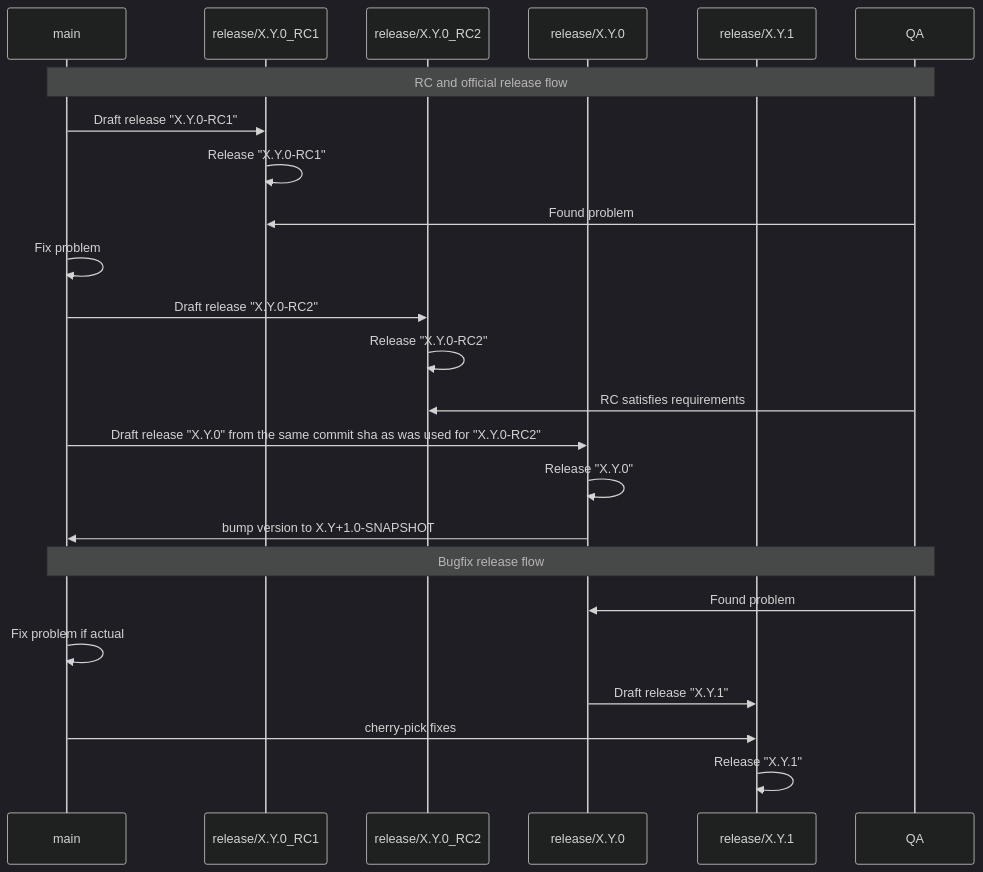
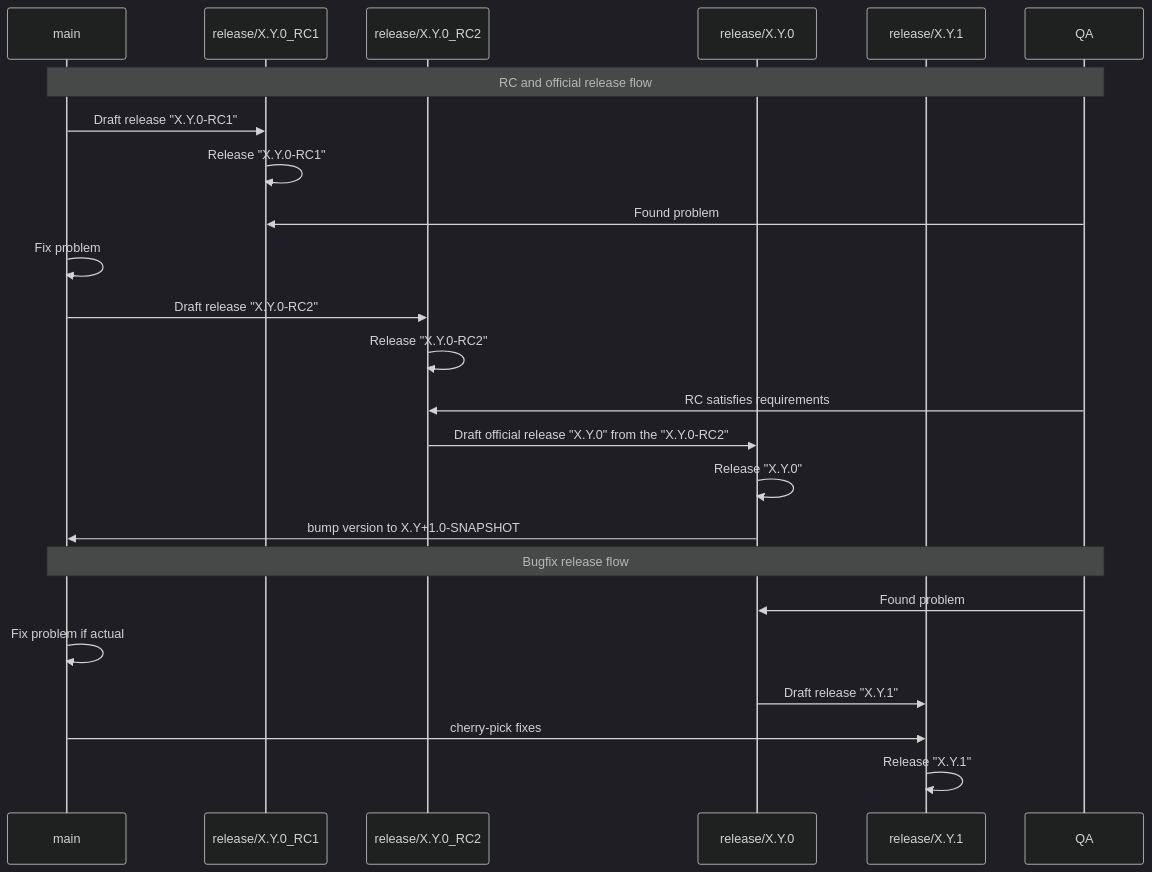
Before and after one commit to eclipse-tractusx/tractusx-edc: the diagram in docs/development/decision-records/2025-05-26-release-process/README.md, drawn with Mermaid (dark theme). The commit also changed other lines of this file, not shown here.

````diff
--- a/docs/development/decision-records/2025-05-26-release-process/README.md
+++ b/docs/development/decision-records/2025-05-26-release-process/README.md
@@ -26,30 +25,30 @@
 ```mermaid
 sequenceDiagram
 participant main
 participant release/X.Y.0_RC1
 participant release/X.Y.0_RC2
 participant release/X.Y.0
 participant release/X.Y.1
 participant QA
 
 Note over main, QA: RC and official release flow
 main ->> release/X.Y.0_RC1 : Draft release "X.Y.0-RC1"
 release/X.Y.0_RC1 ->> release/X.Y.0_RC1 : Release "X.Y.0-RC1"
 QA ->> release/X.Y.0_RC1 : Found problem
 main ->> main : Fix problem
 
 main ->> release/X.Y.0_RC2 : Draft release "X.Y.0-RC2"
 release/X.Y.0_RC2 ->> release/X.Y.0_RC2 : Release "X.Y.0-RC2"
 QA ->> release/X.Y.0_RC2 : RC satisfies requirements
 
-main ->> release/X.Y.0 : Draft release "X.Y.0" from the same commit sha as was used for "X.Y.0-RC2"
+release/X.Y.0_RC2 ->> release/X.Y.0 : Draft official release "X.Y.0" from the "X.Y.0-RC2"
 release/X.Y.0 ->> release/X.Y.0 : Release "X.Y.0"
 release/X.Y.0 ->> main : bump version to X.Y+1.0-SNAPSHOT
 
 Note over main, QA: Bugfix release flow
 QA ->> release/X.Y.0 : Found problem
 main ->> main : Fix problem if actual
 release/X.Y.0 ->> release/X.Y.1 : Draft release "X.Y.1"
 main ->> release/X.Y.1 : cherry-pick fixes
 release/X.Y.1 ->> release/X.Y.1 : Release "X.Y.1"
 ```
````
